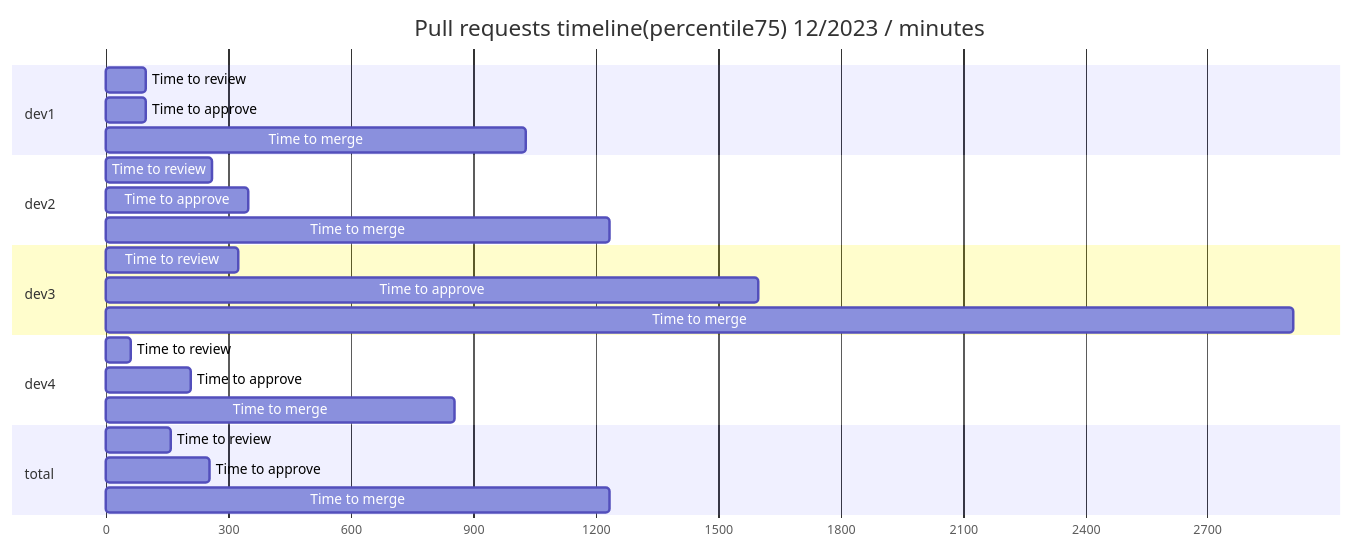
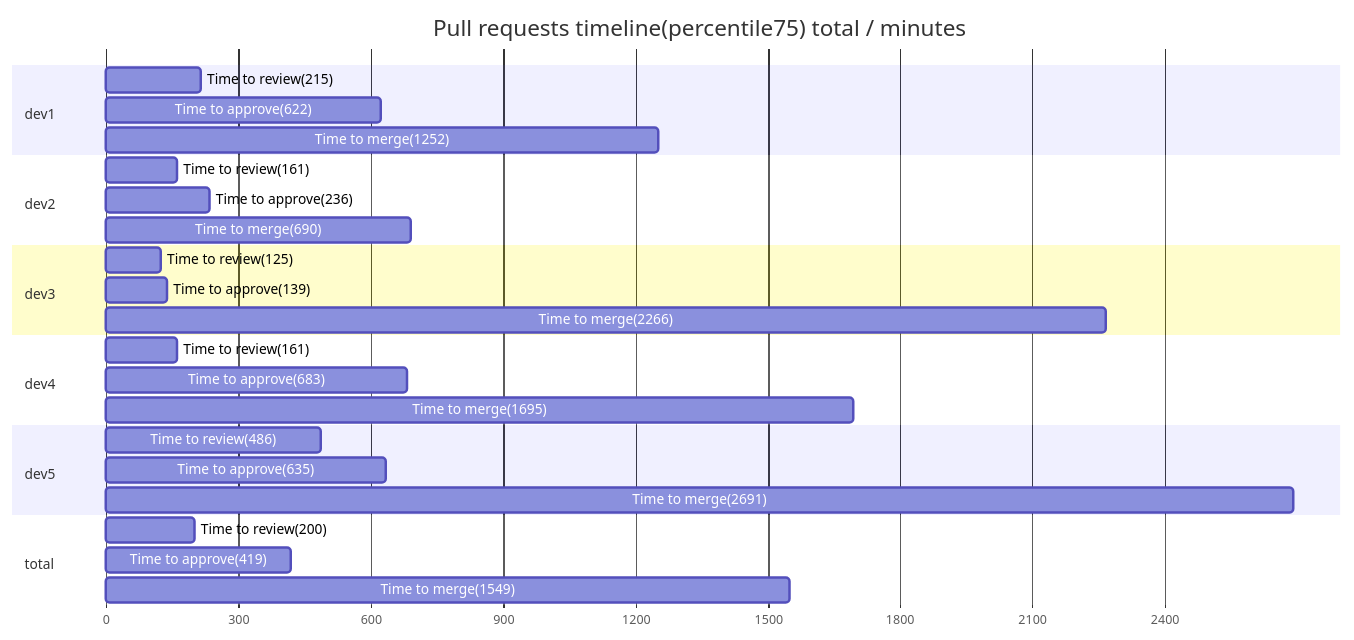
One commit to AlexSim93/pull-request-analytics-action changed the first of 2 diagrams in README.md. Above: the diagram before and after it, drawn with Mermaid. The commit also changed other lines of this file and 6 other files, not shown here.

````diff
--- a/README.md
+++ b/README.md
@@ -30,31 +33,35 @@
-  ```mermaid
-  gantt
-  title Pull requests timeline(percentile75) 12/2023 / minutes
-  dateFormat X
-  axisFormat %s
-  section dev1
-  Time to review :  0, 99
-  Time to approve :  0, 99
-  Time to merge :  0, 1030
+```mermaid
+gantt
+title Pull requests timeline(percentile75) total / minutes
+dateFormat X
+axisFormat %s
+section dev1
+Time to review(215) : 0, 215
+Time to approve(622) : 0, 622
+Time to merge(1252) : 0, 1252
 
-  section dev2
-  Time to review :  0, 260
-  Time to approve :  0, 348
-  Time to merge :  0, 1233
+section dev2
+Time to review(161) : 0, 161
+Time to approve(236) : 0, 236
+Time to merge(690) : 0, 690
 
-  section dev3
-  Time to review :  0, 325
-  Time to approve :  0, 1600
-  Time to merge :  0, 2910
+section dev3
+Time to review(125) : 0, 125
+Time to approve(139) : 0, 139
+Time to merge(2266) : 0, 2266
 
-  section dev4
-  Time to review :  0, 60
-  Time to approve :  0, 207
-  Time to merge :  0, 854
+section dev4
+Time to review(161) : 0, 161
+Time to approve(683) : 0, 683
+Time to merge(1695) : 0, 1695
 
-  section total
-  Time to review :  0, 159
-  Time to approve :  0, 254
-  Time to merge :  0, 1233
+section dev5
+Time to review(486) : 0, 486
+Time to approve(635) : 0, 635
+Time to merge(2691) : 0, 2691
 
-  ```
+section total
+Time to review(200) : 0, 200
+Time to approve(419) : 0, 419
+Time to merge(1549) : 0, 1549
+```
````
